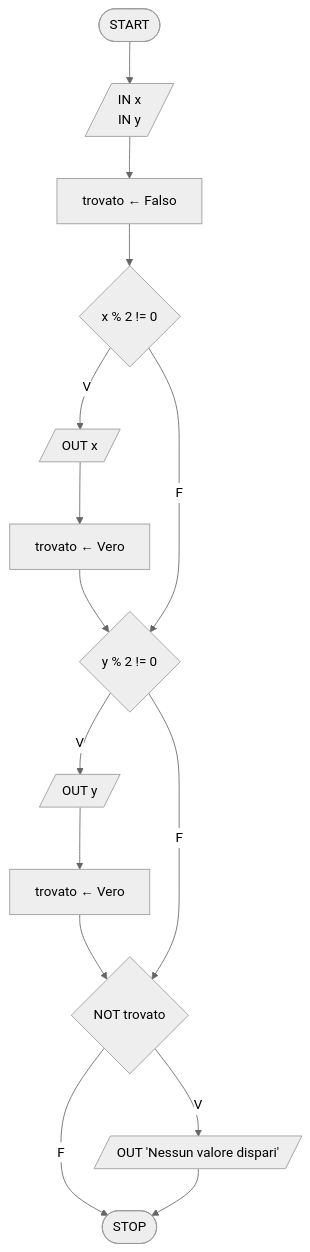
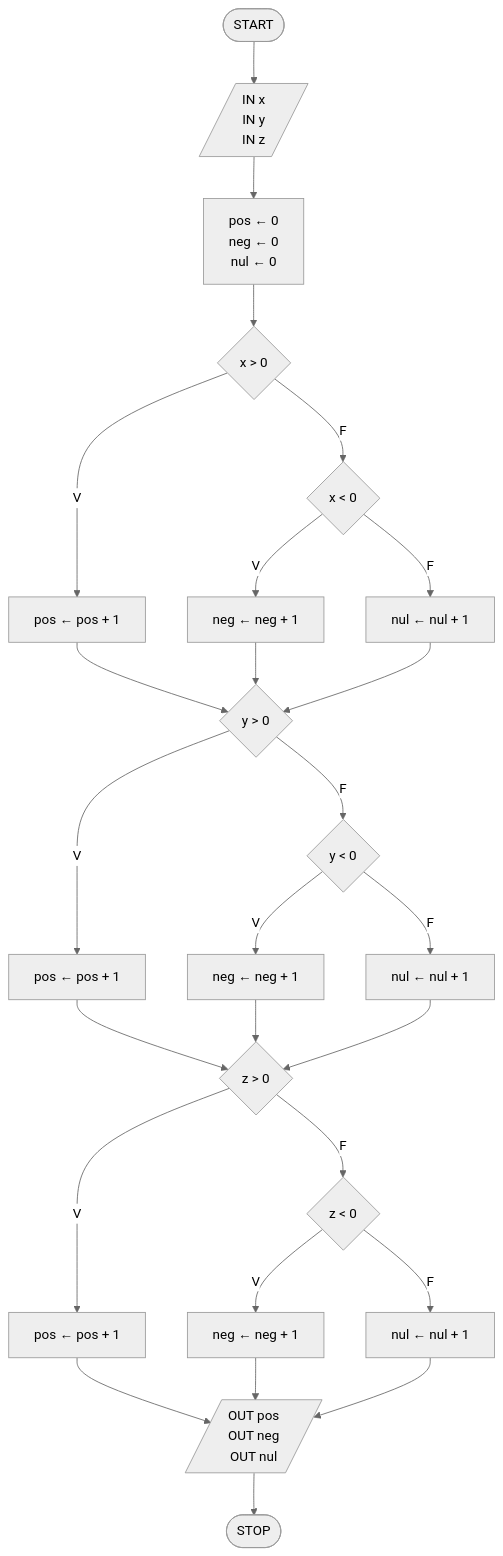
One commit to pg-laboratorio/flowcharts_laboratorio_esercizi changed the tenth of 28 diagrams in flowcharts_soluzioni.md. Above: the diagram before and after it, drawn with Mermaid (neutral theme). The commit also changed other lines of this file, not shown here.

````diff
--- a/flowcharts_soluzioni.md
+++ b/flowcharts_soluzioni.md
@@ -202,17 +208,28 @@
 ```mermaid
 graph TD
-    START([START]) --> INPUT[/"IN x<br>IN y"/]
-    INPUT --> INIT["trovato ← Falso"]
-    INIT --> CX{"x % 2 != 0"}
-    CX -- V --> OX[/"OUT x"/]
-    OX --> TX["trovato ← Vero"]
-    TX --> CY{"y % 2 != 0"}
-    CX -- F --> CY
-    CY -- V --> OY[/"OUT y"/]
-    OY --> TY["trovato ← Vero"]
-    TY --> CF{"NOT trovato"}
-    CY -- F --> CF
-    CF -- V --> ON[/"OUT 'Nessun valore dispari'"/]
-    CF -- F --> STOP([STOP])
-    ON --> STOP
+    START([START]) --> INPUT[/"IN x<br>IN y<br>IN z"/]
+    INPUT --> INIT["pos ← 0<br>neg ← 0<br>nul ← 0"]
+    INIT --> CX1{"x > 0"}
+    CX1 -- V --> PX["pos ← pos + 1"]
+    CX1 -- F --> CX2{"x < 0"}
+    CX2 -- V --> NX["neg ← neg + 1"]
+    CX2 -- F --> ZX["nul ← nul + 1"]
+    PX --> CY1{"y > 0"}
+    NX --> CY1
+    ZX --> CY1
+    CY1 -- V --> PY["pos ← pos + 1"]
+    CY1 -- F --> CY2{"y < 0"}
+    CY2 -- V --> NY["neg ← neg + 1"]
+    CY2 -- F --> ZY["nul ← nul + 1"]
+    PY --> CZ1{"z > 0"}
+    NY --> CZ1
+    ZY --> CZ1
+    CZ1 -- V --> PZ["pos ← pos + 1"]
+    CZ1 -- F --> CZ2{"z < 0"}
+    CZ2 -- V --> NZ["neg ← neg + 1"]
+    CZ2 -- F --> ZZ["nul ← nul + 1"]
+    PZ --> OUTPUT[/"OUT pos<br>OUT neg<br>OUT nul"/]
+    NZ --> OUTPUT
+    ZZ --> OUTPUT
+    OUTPUT --> STOP([STOP])
 ```
````
